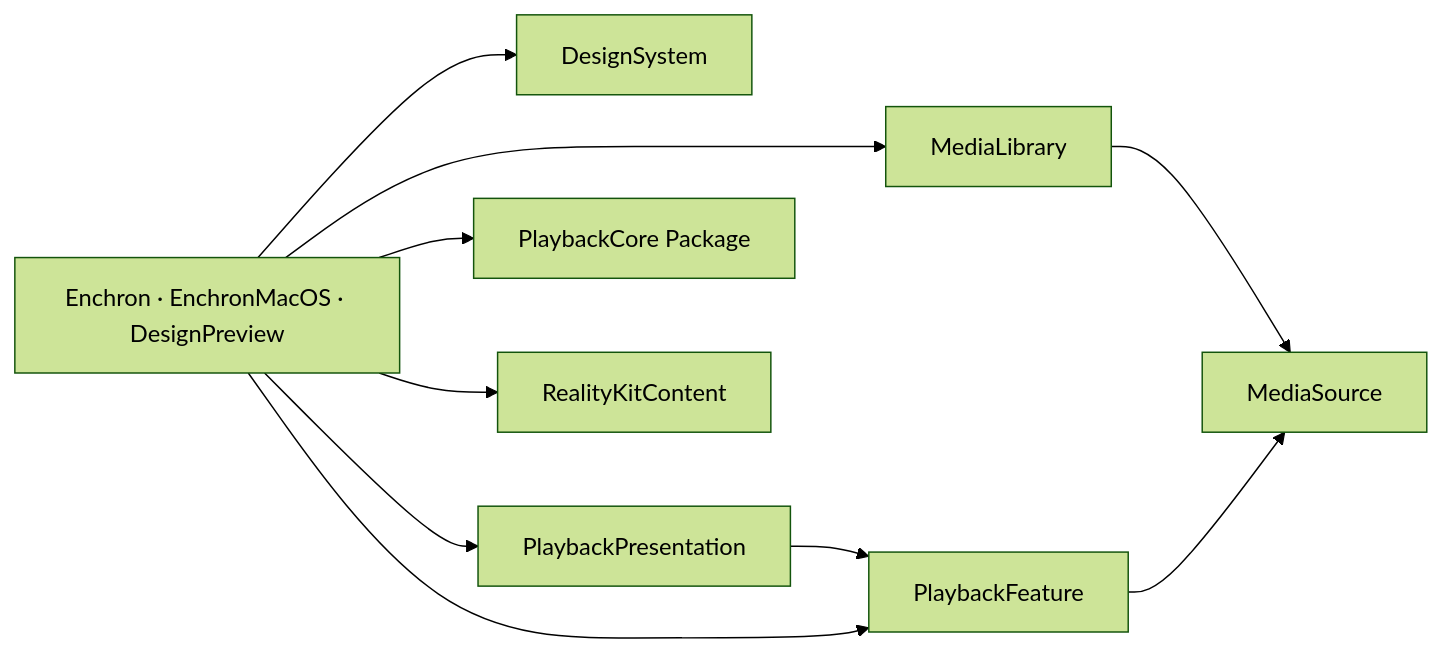
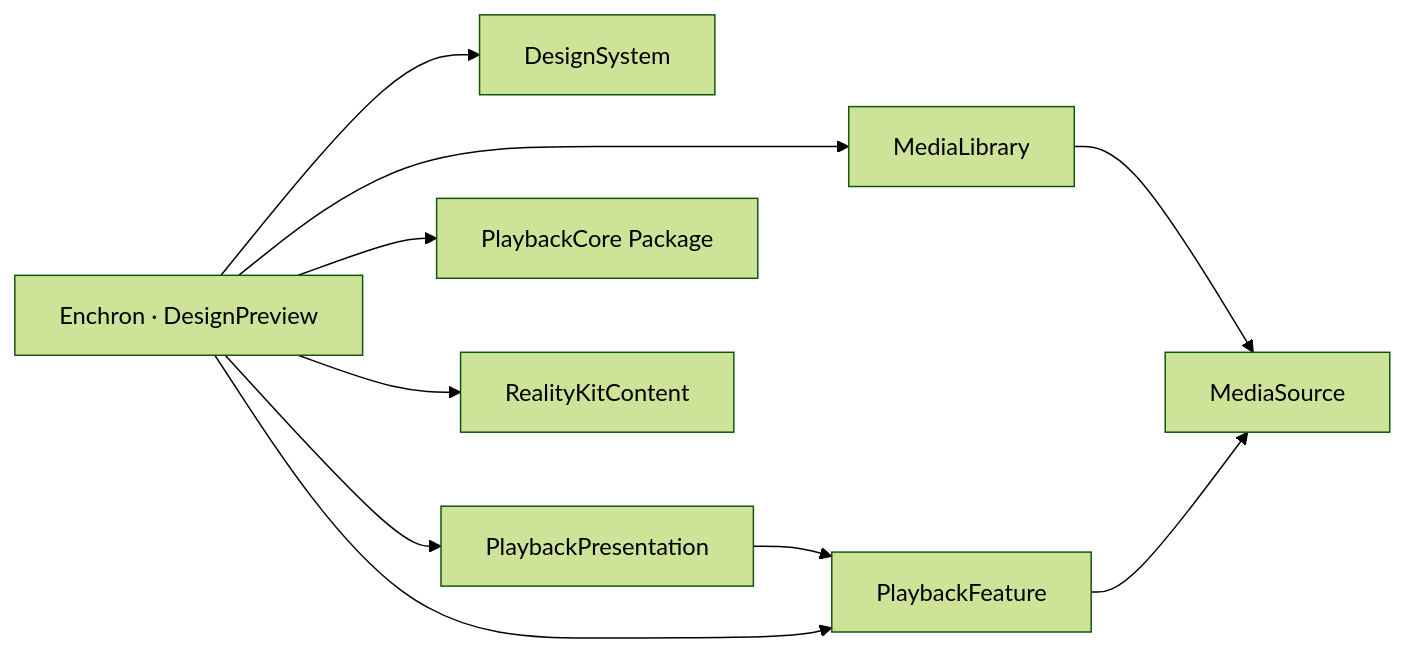
One commit to 1873663116/Enchron changed the first of 3 diagrams in ARCHITECTURE.md. Above: the diagram before and after it, drawn with Mermaid (forest theme). The commit also changed other lines of this file and 96 other files, not shown here.

````diff
--- a/ARCHITECTURE.md
+++ b/ARCHITECTURE.md
@@ -27,21 +27,21 @@
 ```mermaid
 flowchart LR
     Source["MediaSource"]
     Design["DesignSystem"]
     Library["MediaLibrary"]
     Feature["PlaybackFeature"]
     Presentation["PlaybackPresentation"]
     Core["PlaybackCore Package"]
     Scene["RealityKitContent"]
-    Apps["Enchron · EnchronMacOS · DesignPreview"]
+    Apps["Enchron · DesignPreview"]
 
     Library --> Source
     Feature --> Source
     Presentation --> Feature
     Apps --> Design
     Apps --> Core
     Apps --> Scene
     Apps --> Library
     Apps --> Feature
     Apps --> Presentation
 ```
````
